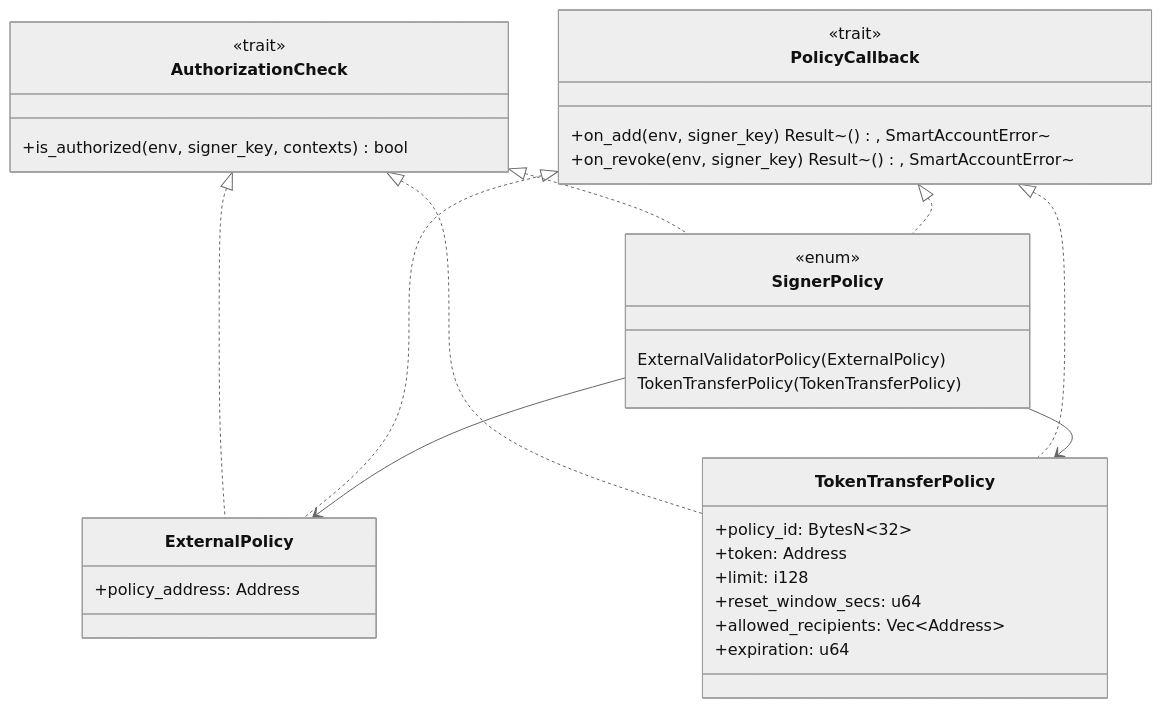
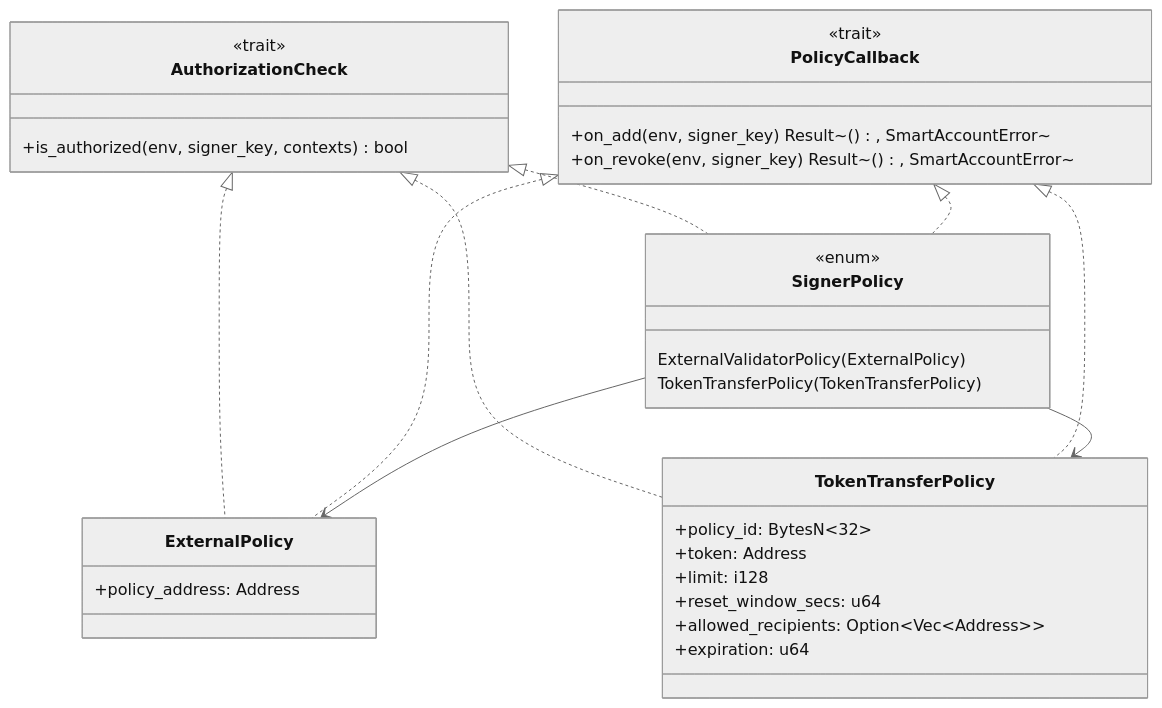
The third of 5 diagrams in contracts/smart-account/README.md (Crossmint/stellar-smart-account), drawn with Mermaid (neutral theme) before and after one commit. The commit also changed other lines of this file and 3 other files, not shown here.

Commit message:
Policies: Make the allowed recipients field optional

````diff
--- a/contracts/smart-account/README.md
+++ b/contracts/smart-account/README.md
@@ -329,42 +329,42 @@
 ```mermaid
 classDiagram
     class AuthorizationCheck {
         <<trait>>
         +is_authorized(env, signer_key, contexts) bool
     }
 
     class PolicyCallback {
         <<trait>>
         +on_add(env, signer_key) Result~(), SmartAccountError~
         +on_revoke(env, signer_key) Result~(), SmartAccountError~
     }
 
     class SignerPolicy {
         <<enum>>
         ExternalValidatorPolicy(ExternalPolicy)
         TokenTransferPolicy(TokenTransferPolicy)
     }
 
     class ExternalPolicy {
         +policy_address: Address
     }
 
     class TokenTransferPolicy {
         +policy_id: BytesN~32~
         +token: Address
         +limit: i128
         +reset_window_secs: u64
-        +allowed_recipients: Vec~Address~
+        +allowed_recipients: Option~Vec~Address~~
         +expiration: u64
     }
 
     AuthorizationCheck <|.. SignerPolicy
     PolicyCallback <|.. SignerPolicy
     AuthorizationCheck <|.. ExternalPolicy
     AuthorizationCheck <|.. TokenTransferPolicy
     PolicyCallback <|.. ExternalPolicy
     PolicyCallback <|.. TokenTransferPolicy
 
     SignerPolicy --> ExternalPolicy
     SignerPolicy --> TokenTransferPolicy
 ```
````
